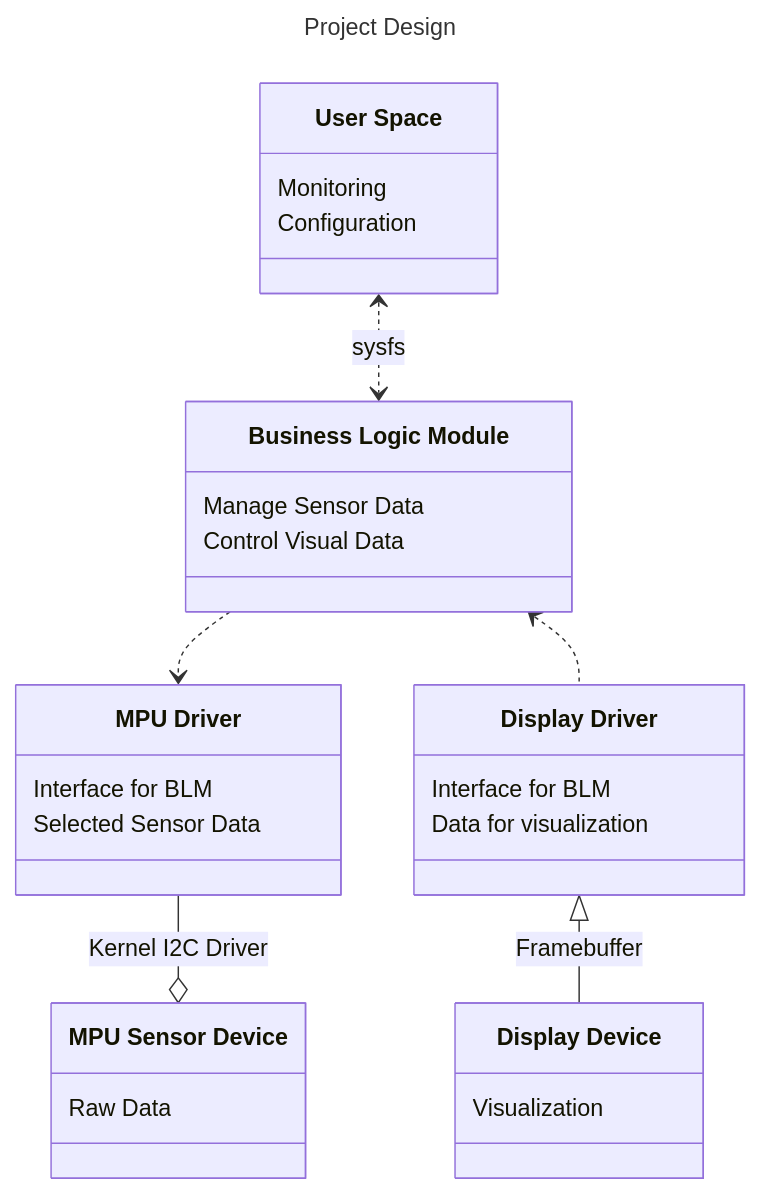
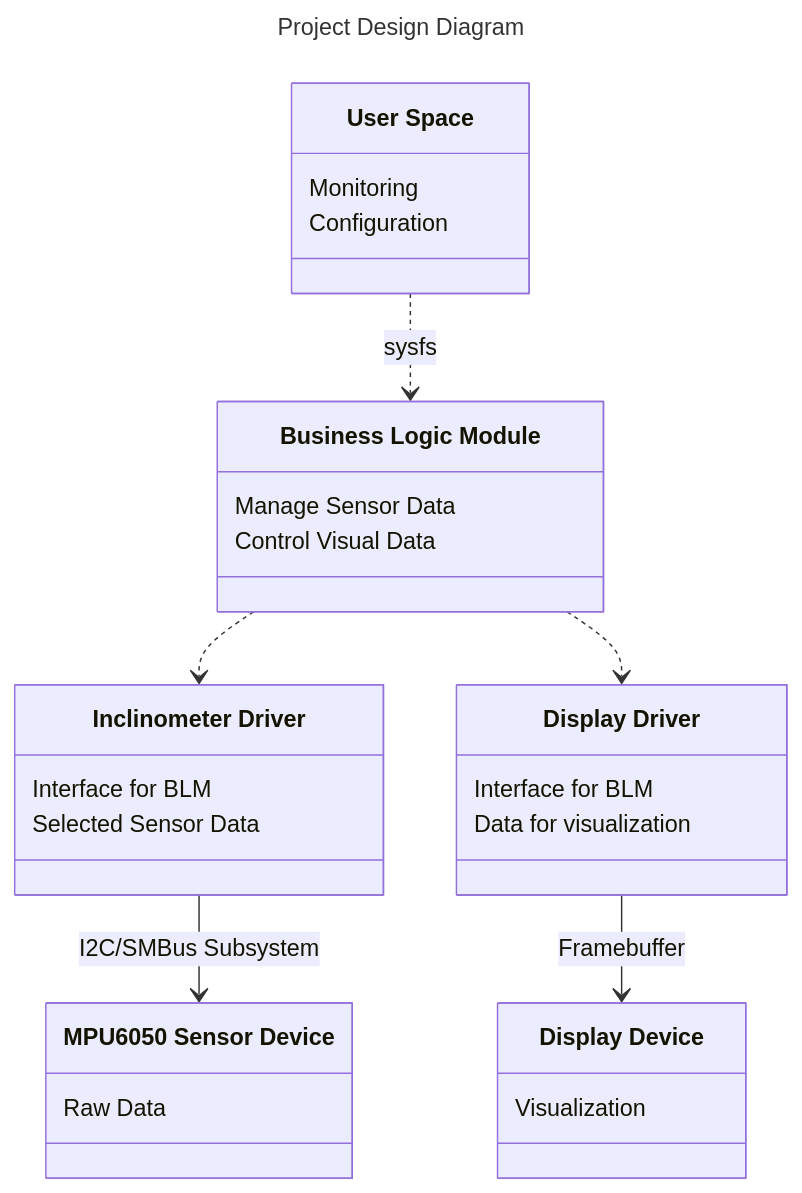
One commit to deesync/gl_kernel_Basecamp_Project changed the second of 2 diagrams in README.md. Above: the diagram before and after it, drawn with Mermaid. The commit also changed other lines of this file, not shown here.

Commit message:
Project: Update README.md

````diff
--- a/README.md
+++ b/README.md
@@ -3,43 +37,43 @@
 ```mermaid
 ---
-title: Project Design
+title: Project Design Diagram
 ---
 classDiagram
    
     class `User Space` {
         Monitoring
         Configuration
     }
 
     class `Business Logic Module` {
         Manage Sensor Data
         Control Visual Data
     }
     %%link `User Space` "https://www.github.com/deesync"
 
     class `Display Driver` {
         Interface for BLM
         Data for visualization
     }
 
-    class `MPU Driver` {
+    class `Inclinometer Driver` {
         Interface for BLM
         Selected Sensor Data
     }
 
     class `Display Device` {
         Visualization
     }
 
-    class `MPU Sensor Device` {
+    class `MPU6050 Sensor Device` {
         Raw Data
     }
 
-    `User Space` <..> `Business Logic Module` : sysfs
+    `User Space` ..> `Business Logic Module` : sysfs
 
-    `Business Logic Module` ..> `MPU Driver`
-    `Business Logic Module` <.. `Display Driver`
+    `Business Logic Module` ..> `Inclinometer Driver`
+    `Business Logic Module` ..> `Display Driver`
 
-    `MPU Driver` --o `MPU Sensor Device` : Kernel I2C Driver
-    `Display Driver` <|-- `Display Device` : Framebuffer
+    `Inclinometer Driver` --> `MPU6050 Sensor Device` : I2C/SMBus Subsystem
+    `Display Driver` --> `Display Device` : Framebuffer
 ```
````
